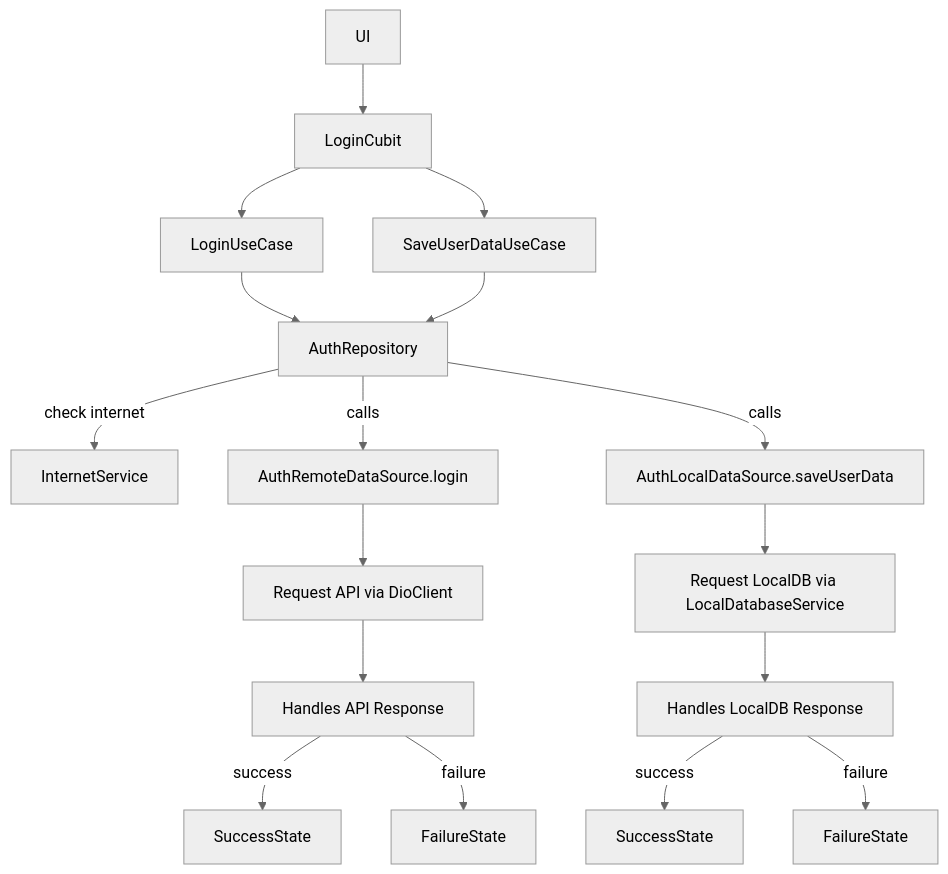
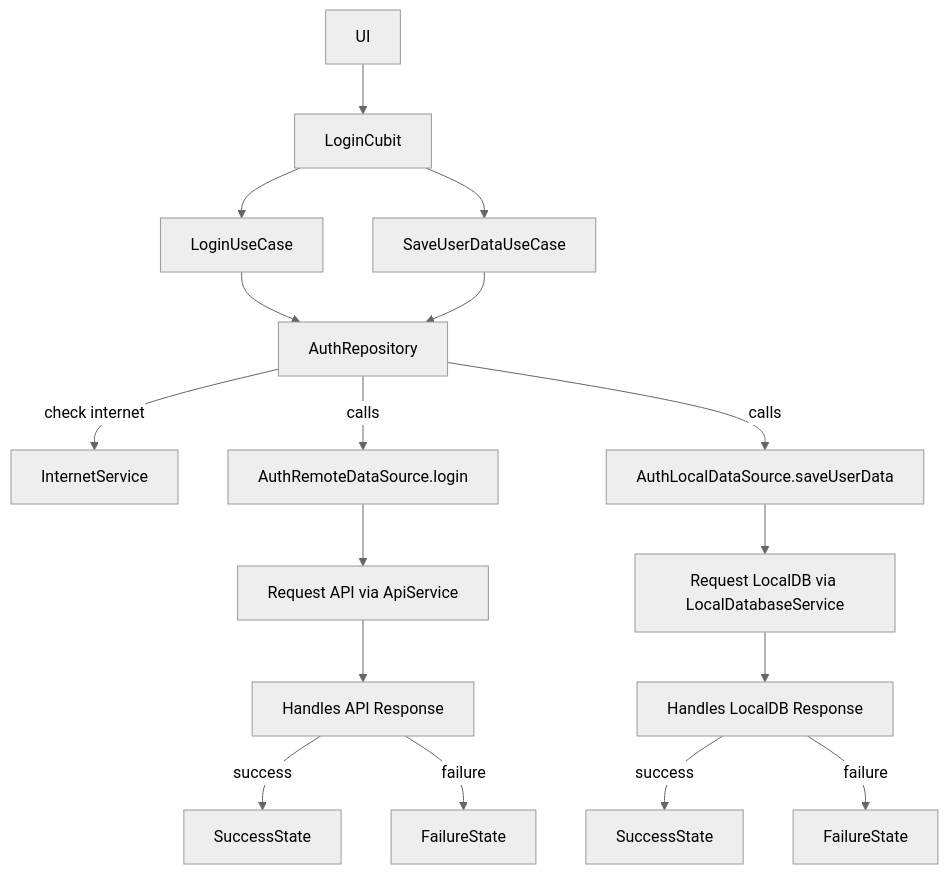
Before and after one commit to gaurishankar007/Flutter-Clean-Architecture-SOLID-Principle: the second of 2 diagrams in README.md, drawn with Mermaid (neutral theme). The commit also changed other lines of this file and 30 other files, not shown here.

````diff
--- a/README.md
+++ b/README.md
@@ -444,23 +343,23 @@
 ```mermaid
 graph TD
    A[UI] --> B[LoginCubit]
     B --> C[LoginUseCase]
     B --> D[SaveUserDataUseCase]
     C --> E[AuthRepository]
     D --> E[AuthRepository]
 
     %% Remote Data Flow
     E -->|check internet| F[InternetService]
     E -->|calls| G[AuthRemoteDataSource.login]
-    G --> H[Request API via DioClient]
+    G --> H[Request API via ApiService]
     H --> I[Handles API Response]
     I -->|success| J[SuccessState]
     I -->|failure| K[FailureState]
 
     %% Local Data Flow
     E -->|calls| L[AuthLocalDataSource.saveUserData]
     L --> M[Request LocalDB via LocalDatabaseService]
     M --> N[Handles LocalDB Response]
     N -->|success| O[SuccessState]
     N -->|failure| P[FailureState]
 ```
````
